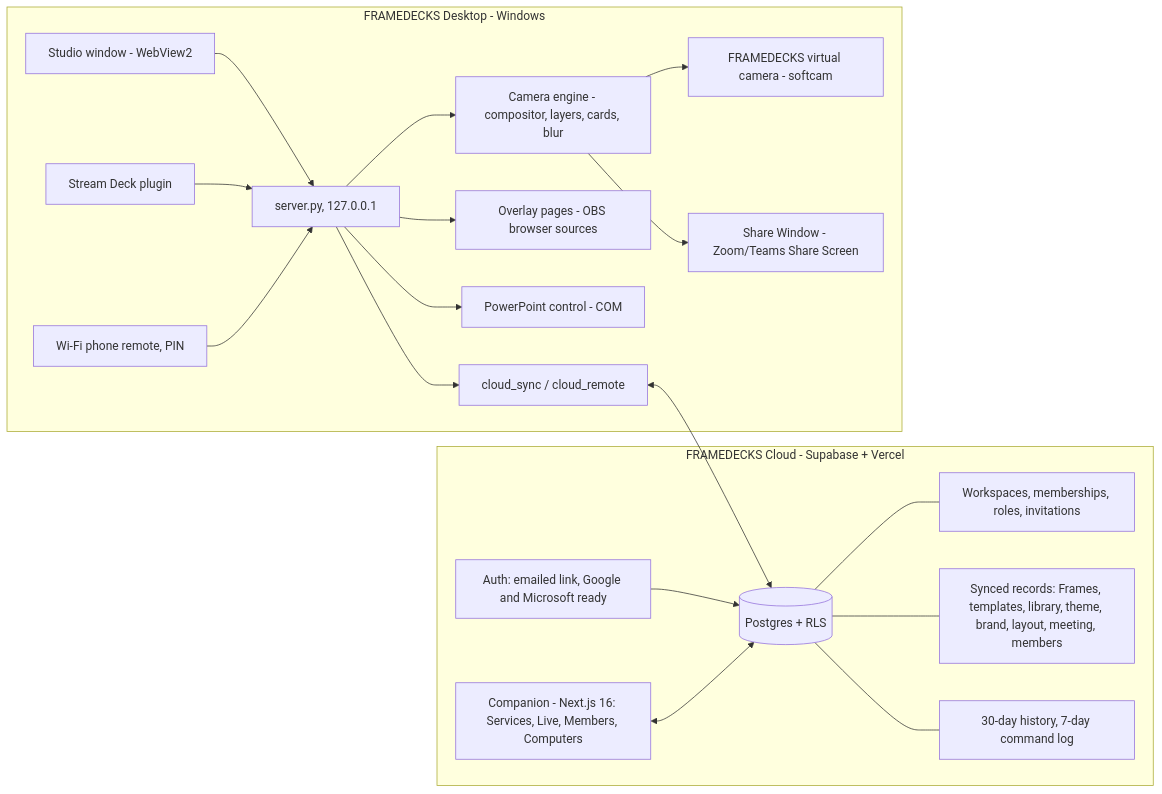
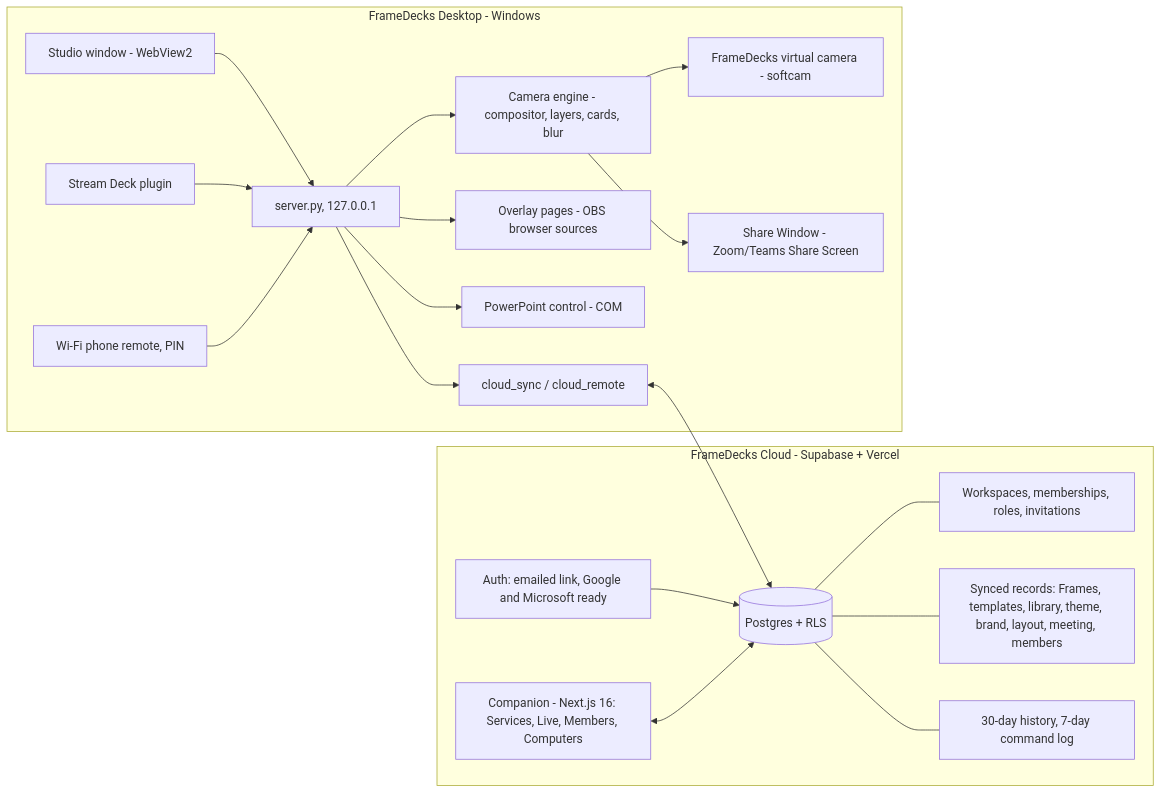
The diagram in docs/architecture-review.md (mshobin/FrameDecks), drawn with Mermaid before and after one commit. The commit also changed other lines of this file and 254 other files, not shown here.

````diff
--- a/docs/architecture-review.md
+++ b/docs/architecture-review.md
@@ -20,23 +20,23 @@
 ```mermaid
 flowchart LR
-  subgraph Cloud [FRAMEDECKS Cloud - Supabase + Vercel]
+  subgraph Cloud [FrameDecks Cloud - Supabase + Vercel]
     A[Auth: emailed link, Google and Microsoft ready] --> DB[(Postgres + RLS)]
     DB --- W[Workspaces, memberships, roles, invitations]
     DB --- E[Synced records: Frames, templates, library, theme, brand, layout, meeting, members]
     DB --- H[30-day history, 7-day command log]
     C[Companion - Next.js 16: Services, Live, Members, Computers]
   end
-  subgraph PC [FRAMEDECKS Desktop - Windows]
+  subgraph PC [FrameDecks Desktop - Windows]
     UI[Studio window - WebView2] --> S[server.py, 127.0.0.1]
     S --> V[Camera engine - compositor, layers, cards, blur]
-    V --> VC[FRAMEDECKS virtual camera - softcam]
+    V --> VC[FrameDecks virtual camera - softcam]
     V --> PW[Share Window - Zoom/Teams Share Screen]
     S --> OV[Overlay pages - OBS browser sources]
     S --> PP[PowerPoint control - COM]
     S --> CS[cloud_sync / cloud_remote]
     SD[Stream Deck plugin] --> S
     LAN[Wi-Fi phone remote, PIN] --> S
   end
   CS <--> DB
   C <--> DB
 ```
````
